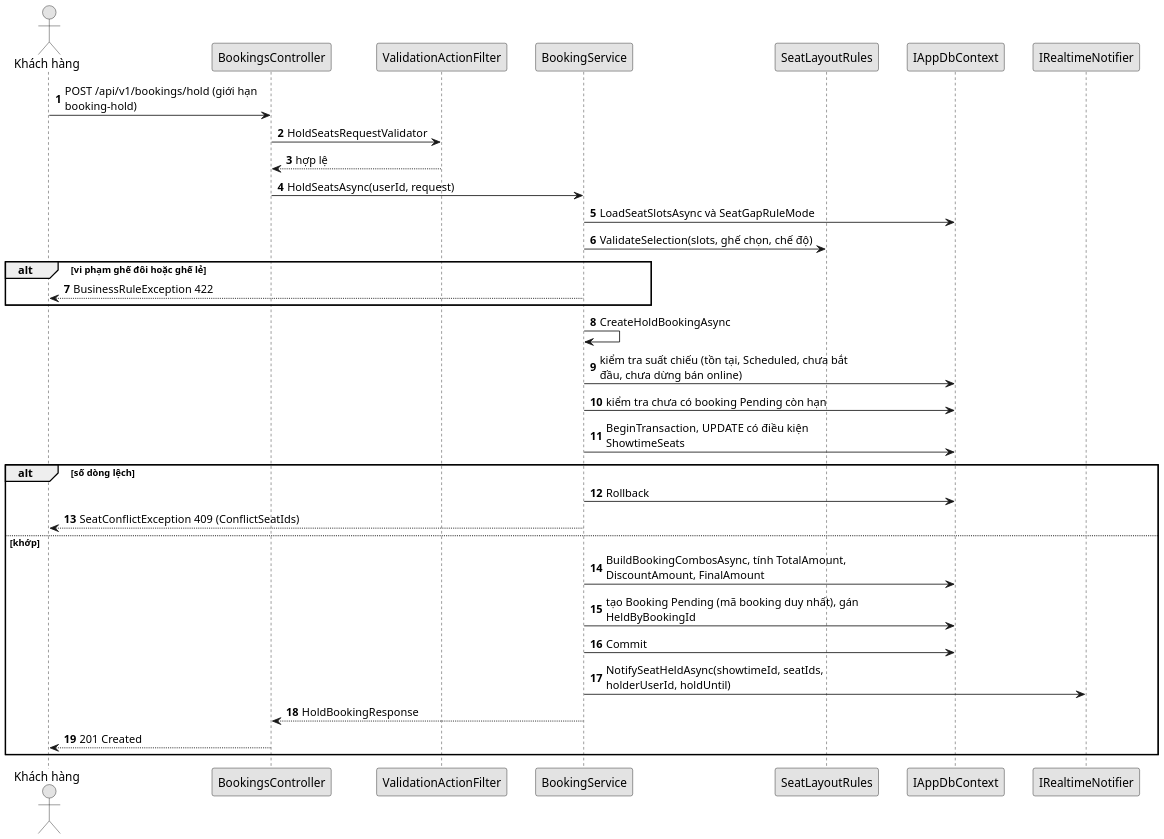
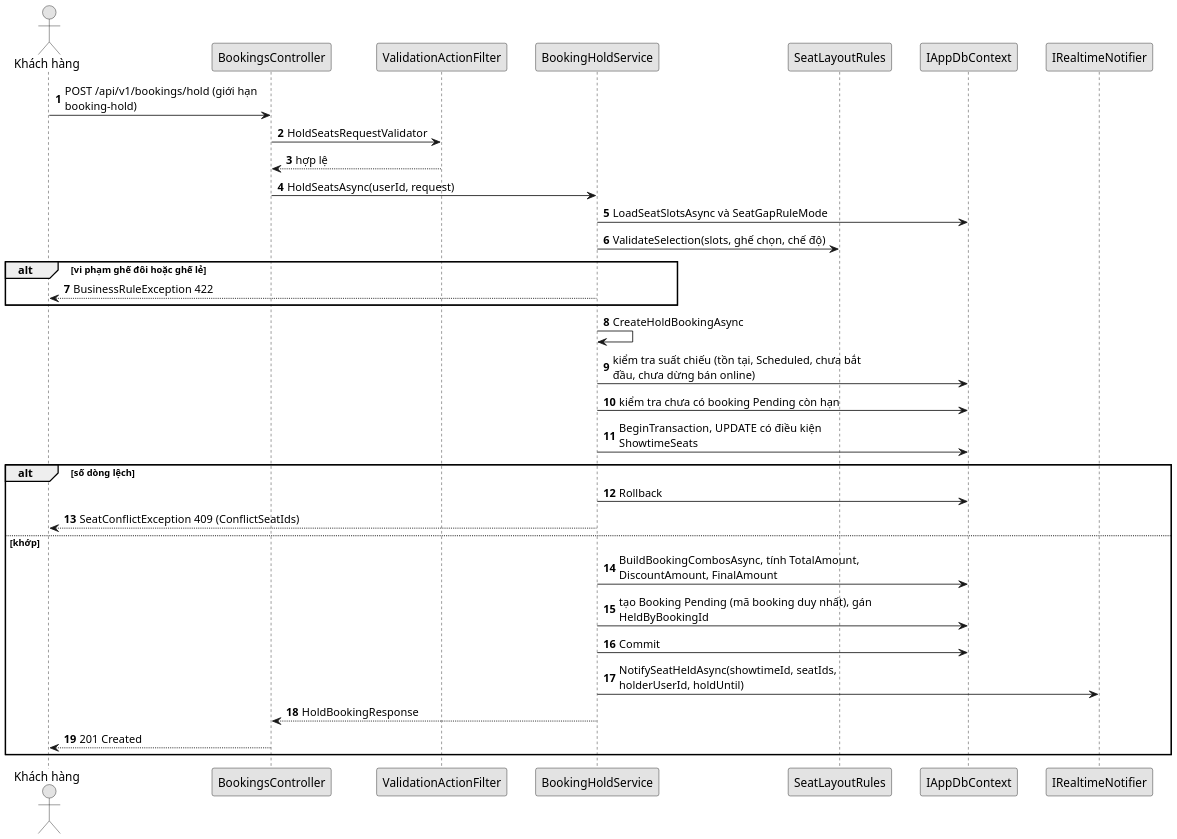
Before and after one commit to nguyenhiennnnn/cinema-v2: the diagram in docs/so-do/plantuml/hinh-4-48.puml, drawn with PlantUML. The commit also changed 24 other files, not shown here.

```diff
--- a/docs/so-do/plantuml/hinh-4-48.puml
+++ b/docs/so-do/plantuml/hinh-4-48.puml
@@ -1,41 +1,43 @@
 @startuml
 skinparam monochrome true
 skinparam shadowing false
 skinparam defaultFontName "Times New Roman"
 skinparam sequenceMessageAlign left
 skinparam maxMessageSize 300
 skinparam ParticipantPadding 12
 skinparam dpi 150
 autonumber
+
 actor "Khách hàng" as K
 participant "BookingsController" as C
 participant "ValidationActionFilter" as V
-participant "BookingService" as S
+participant "BookingHoldService" as S
 participant "SeatLayoutRules" as R
 participant "IAppDbContext" as DB
 participant "IRealtimeNotifier" as N
+
 K -> C : POST /api/v1/bookings/hold (giới hạn booking-hold)
 C -> V : HoldSeatsRequestValidator
 V --> C : hợp lệ
 C -> S : HoldSeatsAsync(userId, request)
 S -> DB : LoadSeatSlotsAsync và SeatGapRuleMode
 S -> R : ValidateSelection(slots, ghế chọn, chế độ)
 alt vi phạm ghế đôi hoặc ghế lẻ
 S --> K : BusinessRuleException 422
 end
 S -> S : CreateHoldBookingAsync
 S -> DB : kiểm tra suất chiếu (tồn tại, Scheduled, chưa bắt đầu, chưa dừng bán online)
 S -> DB : kiểm tra chưa có booking Pending còn hạn
 S -> DB : BeginTransaction, UPDATE có điều kiện ShowtimeSeats
 alt số dòng lệch
 S -> DB : Rollback
 S --> K : SeatConflictException 409 (ConflictSeatIds)
 else khớp
 S -> DB : BuildBookingCombosAsync, tính TotalAmount, DiscountAmount, FinalAmount
 S -> DB : tạo Booking Pending (mã booking duy nhất), gán HeldByBookingId
 S -> DB : Commit
 S -> N : NotifySeatHeldAsync(showtimeId, seatIds, holderUserId, holdUntil)
 S --> C : HoldBookingResponse
 C --> K : 201 Created
 end
 @enduml
```
